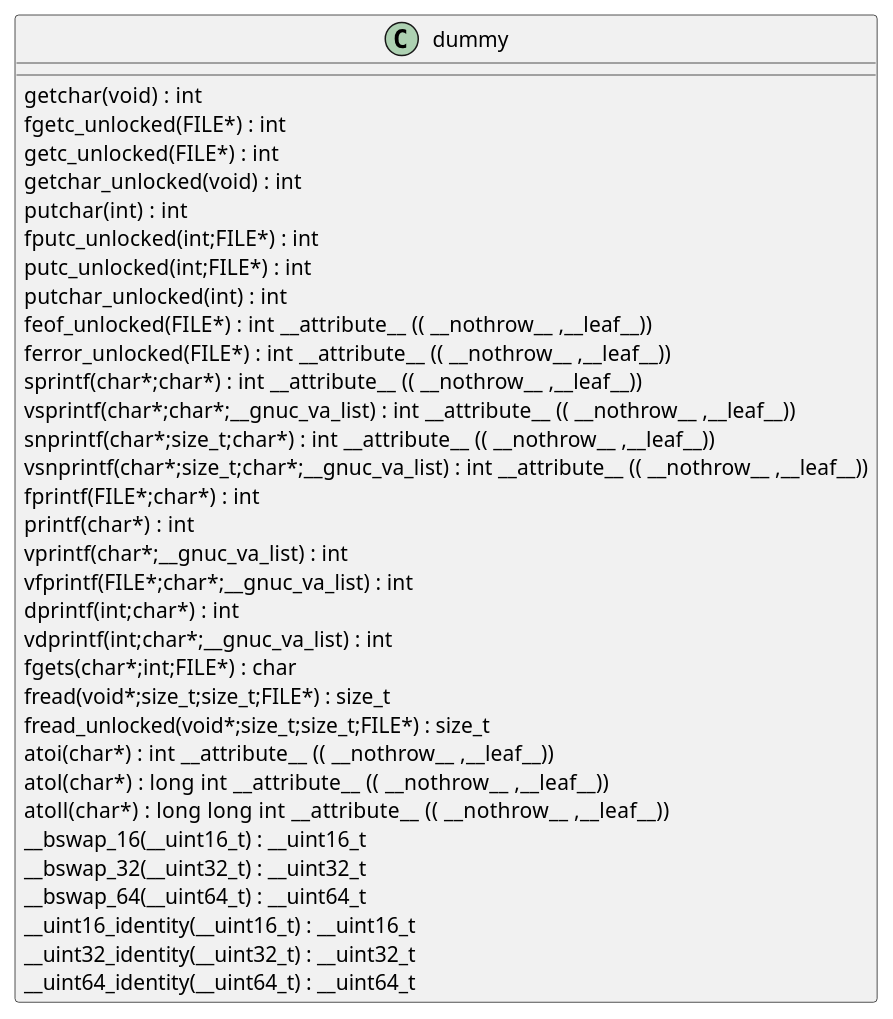
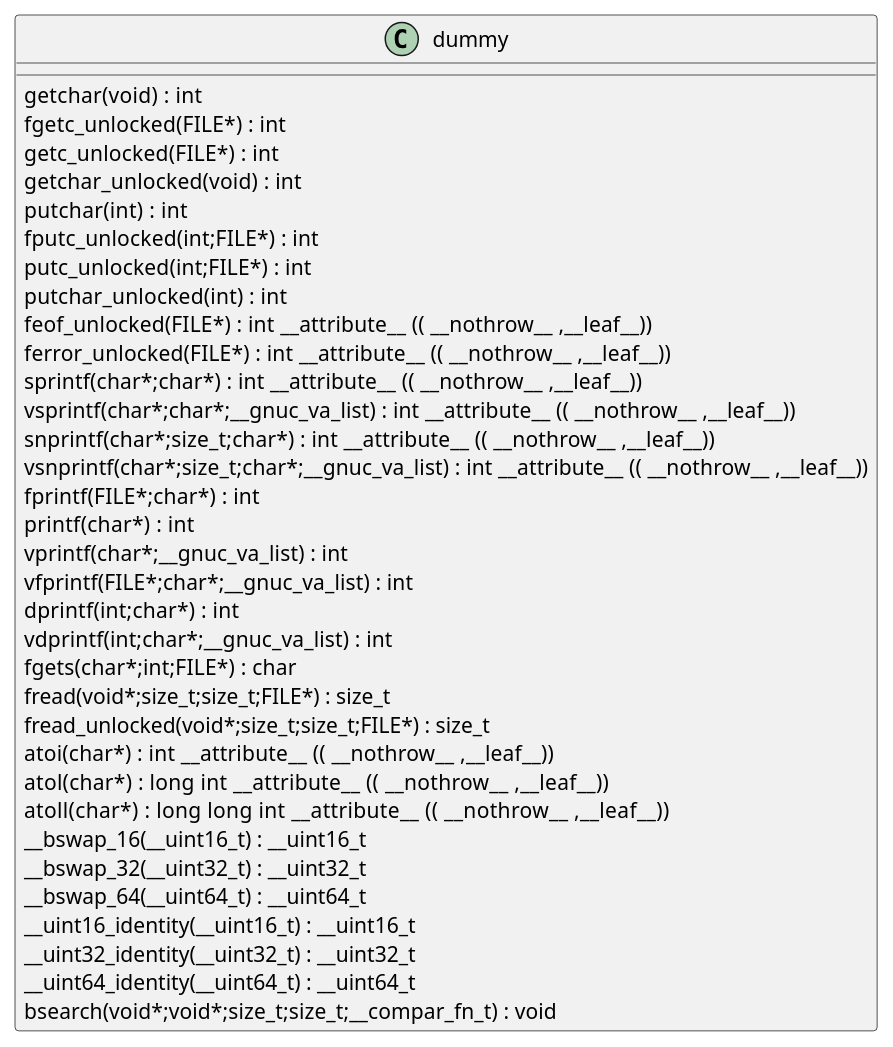
Before and after one commit to qualitesys/openssl: the diagram in docs/qc/crypto/x509/v3_lib.c.puml, drawn with PlantUML. The commit also changed 5123 other files, not shown here.

```diff
--- a/docs/qc/crypto/x509/v3_lib.c.puml
+++ b/docs/qc/crypto/x509/v3_lib.c.puml
@@ -1,37 +1,38 @@
 @startuml
 !pragma layout smetana
 class dummy {
 getchar(void) :  int  [[[./../../.././qc/crypto/x509/v3_lib.c.html#742]]]
 fgetc_unlocked(FILE*) :  int  [[[./../../.././qc/crypto/x509/v3_lib.c.html#751]]]
 getc_unlocked(FILE*) :  int  [[[./../../.././qc/crypto/x509/v3_lib.c.html#761]]]
 getchar_unlocked(void) :  int  [[[./../../.././qc/crypto/x509/v3_lib.c.html#768]]]
 putchar(int) :  int  [[[./../../.././qc/crypto/x509/v3_lib.c.html#777]]]
 fputc_unlocked(int;FILE*) :  int  [[[./../../.././qc/crypto/x509/v3_lib.c.html#786]]]
 putc_unlocked(int;FILE*) :  int  [[[./../../.././qc/crypto/x509/v3_lib.c.html#796]]]
 putchar_unlocked(int) :  int  [[[./../../.././qc/crypto/x509/v3_lib.c.html#803]]]
 feof_unlocked(FILE*) :  int  __attribute__ (( __nothrow__ ,__leaf__)) [[[./../../.././qc/crypto/x509/v3_lib.c.html#809]]]
 ferror_unlocked(FILE*) :  int  __attribute__ (( __nothrow__ ,__leaf__)) [[[./../../.././qc/crypto/x509/v3_lib.c.html#816]]]
 sprintf(char*;char*) :  int  __attribute__ (( __nothrow__ ,__leaf__)) [[[./../../.././qc/crypto/x509/v3_lib.c.html#835]]]
 vsprintf(char*;char*;__gnuc_va_list) :  int  __attribute__ (( __nothrow__ ,__leaf__)) [[[./../../.././qc/crypto/x509/v3_lib.c.html#848]]]
 snprintf(char*;size_t;char*) :  int  __attribute__ (( __nothrow__ ,__leaf__)) [[[./../../.././qc/crypto/x509/v3_lib.c.html#867]]]
 vsnprintf(char*;size_t;char*;__gnuc_va_list) :  int  __attribute__ (( __nothrow__ ,__leaf__)) [[[./../../.././qc/crypto/x509/v3_lib.c.html#881]]]
 fprintf(FILE*;char*) :  int  [[[./../../.././qc/crypto/x509/v3_lib.c.html#902]]]
 printf(char*) :  int  [[[./../../.././qc/crypto/x509/v3_lib.c.html#909]]]
 vprintf(char*;__gnuc_va_list) :  int  [[[./../../.././qc/crypto/x509/v3_lib.c.html#921]]]
 vfprintf(FILE*;char*;__gnuc_va_list) :  int  [[[./../../.././qc/crypto/x509/v3_lib.c.html#931]]]
 dprintf(int;char*) :  int  [[[./../../.././qc/crypto/x509/v3_lib.c.html#946]]]
 vdprintf(int;char*;__gnuc_va_list) :  int  [[[./../../.././qc/crypto/x509/v3_lib.c.html#957]]]
 fgets(char*;int;FILE*) :  char  [[[./../../.././qc/crypto/x509/v3_lib.c.html#976]]]
 fread(void*;size_t;size_t;FILE*) : size_t [[[./../../.././qc/crypto/x509/v3_lib.c.html#1002]]]
 fread_unlocked(void*;size_t;size_t;FILE*) : size_t [[[./../../.././qc/crypto/x509/v3_lib.c.html#1029]]]
 atoi(char*) :  int  __attribute__ (( __nothrow__ ,__leaf__)) [[[./../../.././qc/crypto/x509/v3_lib.c.html#1197]]]
 atol(char*) :  long  int  __attribute__ (( __nothrow__ ,__leaf__)) [[[./../../.././qc/crypto/x509/v3_lib.c.html#1202]]]
 atoll(char*) :  long  long  int  __attribute__ (( __nothrow__ ,__leaf__)) [[[./../../.././qc/crypto/x509/v3_lib.c.html#1209]]]
 __bswap_16(__uint16_t) : __uint16_t [[[./../../.././qc/crypto/x509/v3_lib.c.html#1362]]]
 __bswap_32(__uint32_t) : __uint32_t [[[./../../.././qc/crypto/x509/v3_lib.c.html#1377]]]
 __bswap_64(__uint64_t) : __uint64_t [[[./../../.././qc/crypto/x509/v3_lib.c.html#1387]]]
 __uint16_identity(__uint16_t) : __uint16_t [[[./../../.././qc/crypto/x509/v3_lib.c.html#1399]]]
 __uint32_identity(__uint32_t) : __uint32_t [[[./../../.././qc/crypto/x509/v3_lib.c.html#1405]]]
 __uint64_identity(__uint64_t) : __uint64_t [[[./../../.././qc/crypto/x509/v3_lib.c.html#1411]]]
+bsearch(void*;void*;size_t;size_t;__compar_fn_t) :  void  [[[./../../.././qc/crypto/x509/v3_lib.c.html#2079]]]
 } 
 @enduml
```
